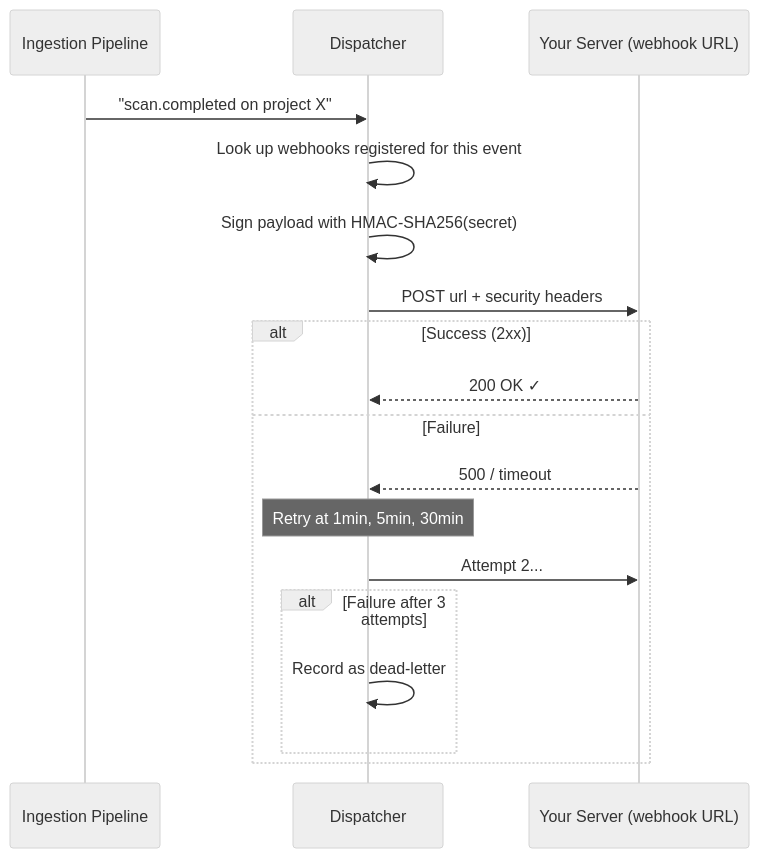
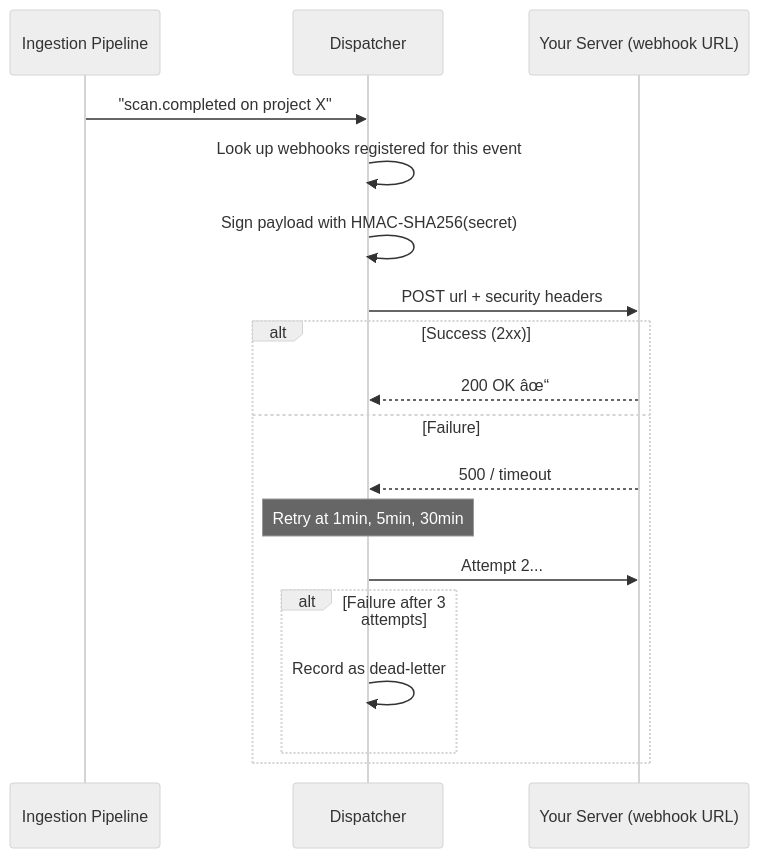
One commit to scovl/ollanta changed diagram 17 of 21 in docs/architecture.md. Above: the diagram before and after it, drawn with Mermaid (neutral theme). The commit also changed other lines of this file and 3 other files, not shown here.

Commit message:
docs: update architecture and observability notes

````diff
--- a/docs/architecture.md
+++ b/docs/architecture.md
@@ -1252,22 +1252,22 @@
 ```mermaid
 sequenceDiagram
     participant P as Ingestion Pipeline
     participant D as Dispatcher
     participant W as Your Server (webhook URL)
 
     P->>D: "scan.completed on project X"
     D->>D: Look up webhooks registered for this event
     D->>D: Sign payload with HMAC-SHA256(secret)
     D->>W: POST url + security headers
 
     alt Success (2xx)
-        W-->>D: 200 OK ✓
+        W-->>D: 200 OK âœ“
     else Failure
         W-->>D: 500 / timeout
         Note over D: Retry at 1min, 5min, 30min
         D->>W: Attempt 2...
         alt Failure after 3 attempts
             D->>D: Record as dead-letter
         end
     end
 ```
````
